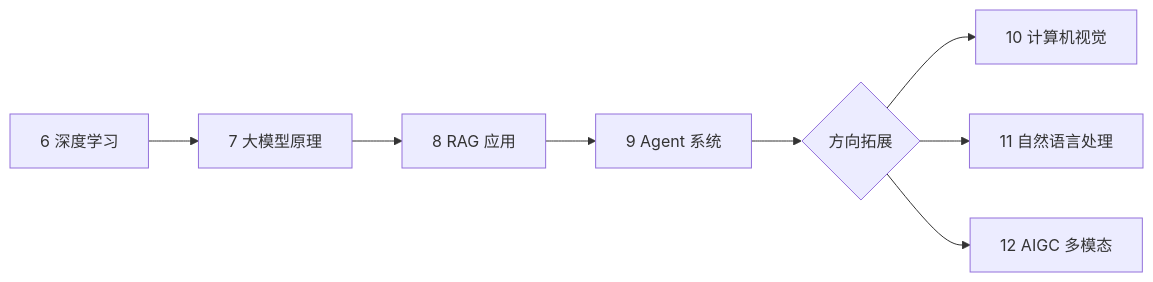
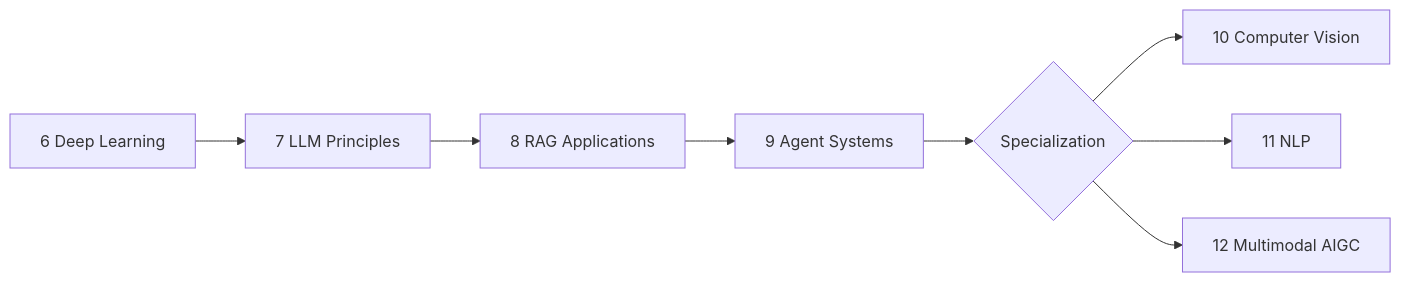
One commit to oudbiao/AI-fullstack-course changed the second of 2 diagrams in README.md. Above: the diagram before and after it, drawn with Mermaid. The commit also changed other lines of this file and 1406 other files, not shown here.

````diff
--- a/README.md
+++ b/README.md
@@ -42,10 +40,10 @@
 ```mermaid
 flowchart LR
-  F[6 深度学习] --> G[7 大模型原理]
-  G --> H[8 RAG 应用]
-  H --> I[9 Agent 系统]
-  I --> J{方向拓展}
-  J --> K[10 计算机视觉]
-  J --> L[11 自然语言处理]
-  J --> M[12 AIGC 多模态]
+  F[6 Deep Learning] --> G[7 LLM Principles]
+  G --> H[8 RAG Applications]
+  H --> I[9 Agent Systems]
+  I --> J{Specialization}
+  J --> K[10 Computer Vision]
+  J --> L[11 NLP]
+  J --> M[12 Multimodal AIGC]
 ```
````
